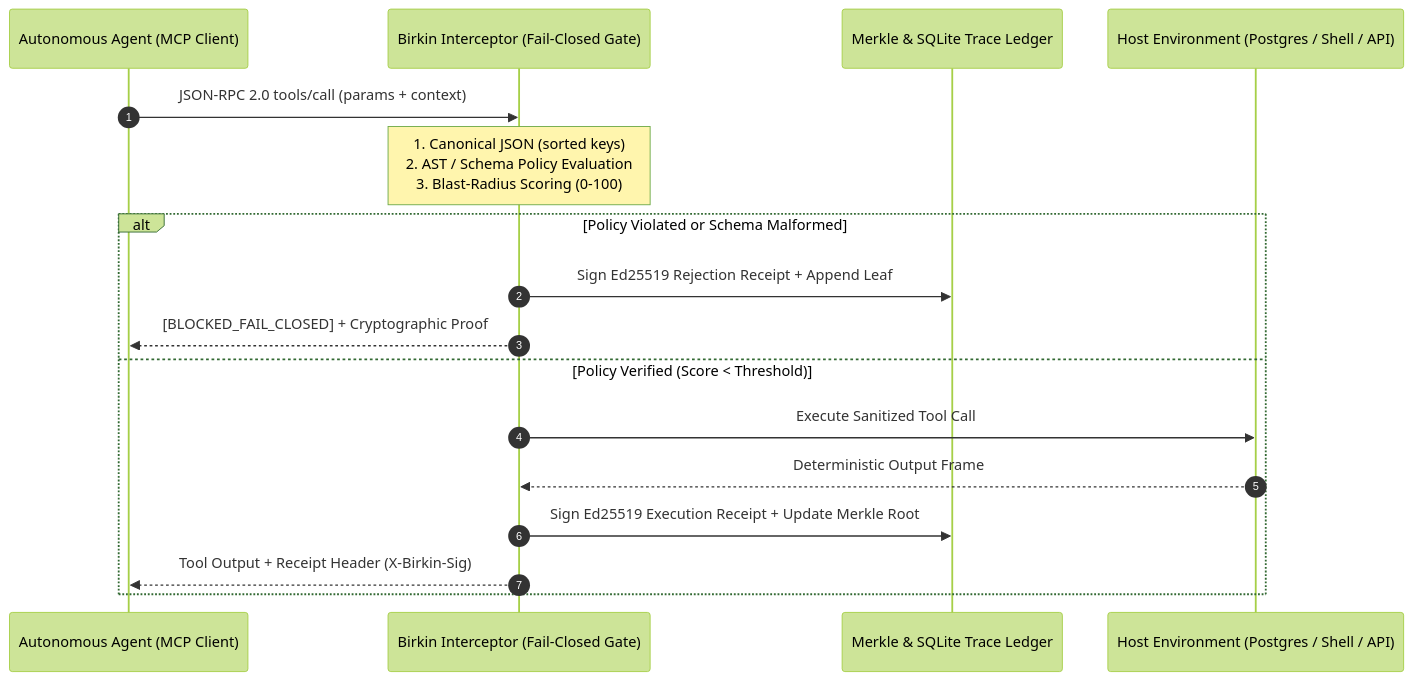
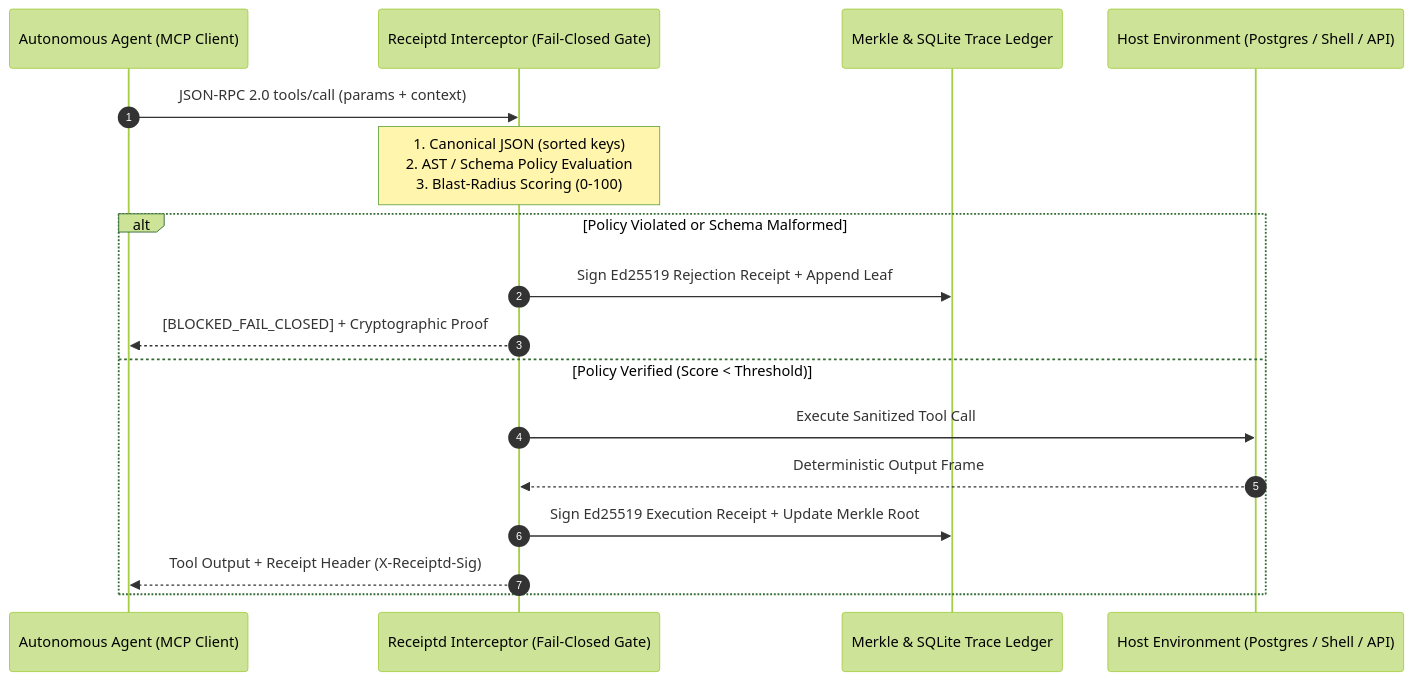
Before and after one commit to NickAltstein/Birkin: the diagram in README.md, drawn with Mermaid (forest theme). The commit also changed other lines of this file, not shown here.

````diff
--- a/README.md
+++ b/README.md
@@ -144,20 +144,20 @@
 ```mermaid
 sequenceDiagram
     autonumber
     participant Agent as Autonomous Agent (MCP Client)
-    participant Proxy as Birkin Interceptor (Fail-Closed Gate)
+    participant Proxy as Receiptd Interceptor (Fail-Closed Gate)
     participant Ledger as Merkle & SQLite Trace Ledger
     participant Host as Host Environment (Postgres / Shell / API)
 
     Agent->>Proxy: JSON-RPC 2.0 tools/call (params + context)
     Note over Proxy: 1. Canonical JSON (sorted keys)<br/>2. AST / Schema Policy Evaluation<br/>3. Blast-Radius Scoring (0-100)
     alt Policy Violated or Schema Malformed
         Proxy->>Ledger: Sign Ed25519 Rejection Receipt + Append Leaf
         Proxy-->>Agent: [BLOCKED_FAIL_CLOSED] + Cryptographic Proof
     else Policy Verified (Score < Threshold)
         Proxy->>Host: Execute Sanitized Tool Call
         Host-->>Proxy: Deterministic Output Frame
         Proxy->>Ledger: Sign Ed25519 Execution Receipt + Update Merkle Root
-        Proxy-->>Agent: Tool Output + Receipt Header (X-Birkin-Sig)
+        Proxy-->>Agent: Tool Output + Receipt Header (X-Receiptd-Sig)
     end
 ```
````
